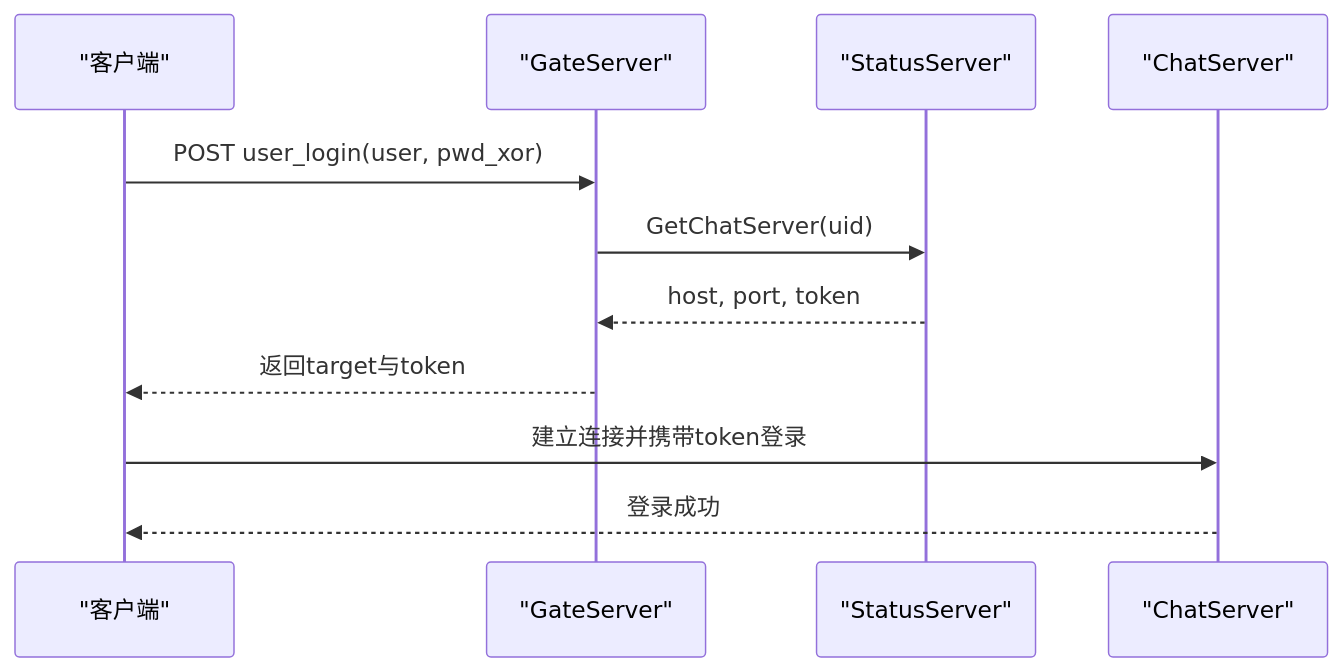
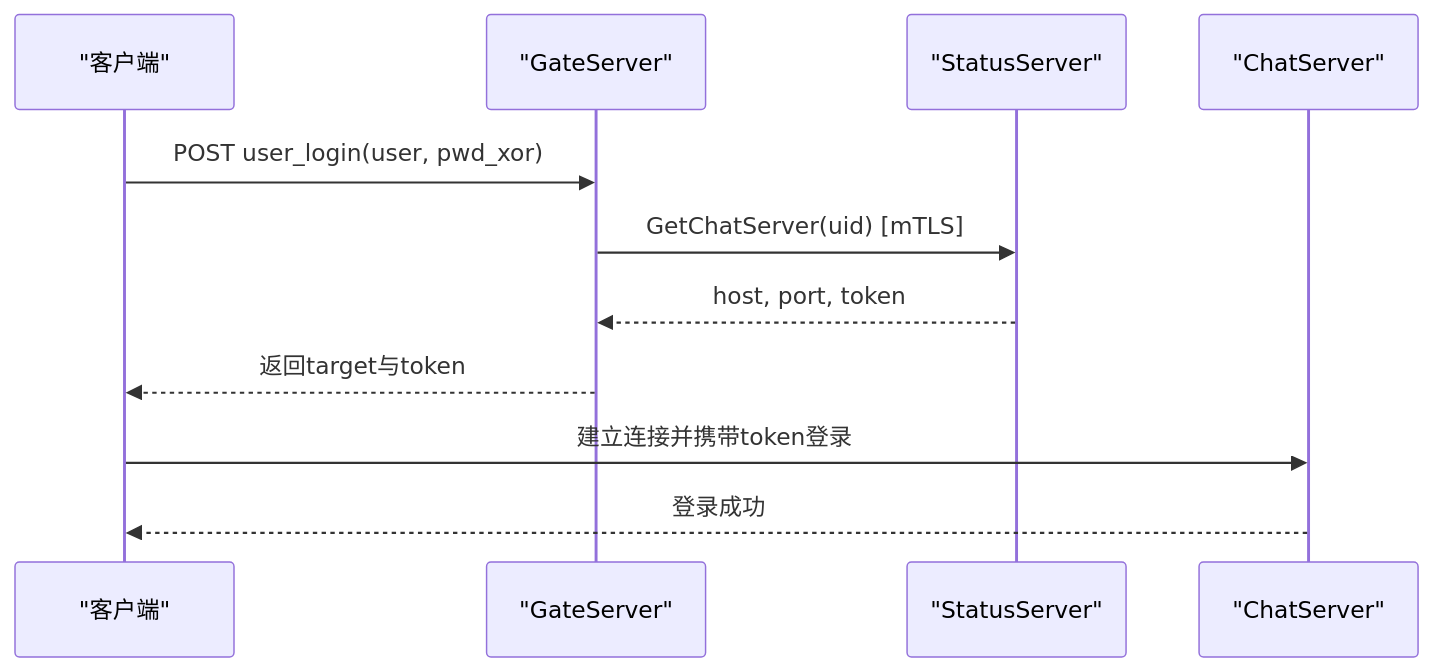
The seventh of 8 diagrams in .qoder/repowiki/zh/content/安全设计/数据安全保护/传输安全.md (echo9923/mychatter), drawn with Mermaid before and after one commit. The commit also changed other lines of this file and 107 other files, not shown here.

````diff
--- a/.qoder/repowiki/zh/content/安全设计/数据安全保护/传输安全.md
+++ b/.qoder/repowiki/zh/content/安全设计/数据安全保护/传输安全.md
@@ -216,13 +284,13 @@
 ```mermaid
 sequenceDiagram
 participant C as "客户端"
 participant G as "GateServer"
 participant S as "StatusServer"
 participant CH as "ChatServer"
 C->>G : POST user_login(user, pwd_xor)
-G->>S : GetChatServer(uid)
+G->>S : GetChatServer(uid) [mTLS]
 S-->>G : host, port, token
 G-->>C : 返回target与token
 C->>CH : 建立连接并携带token登录
 CH-->>C : 登录成功
 ```
````
